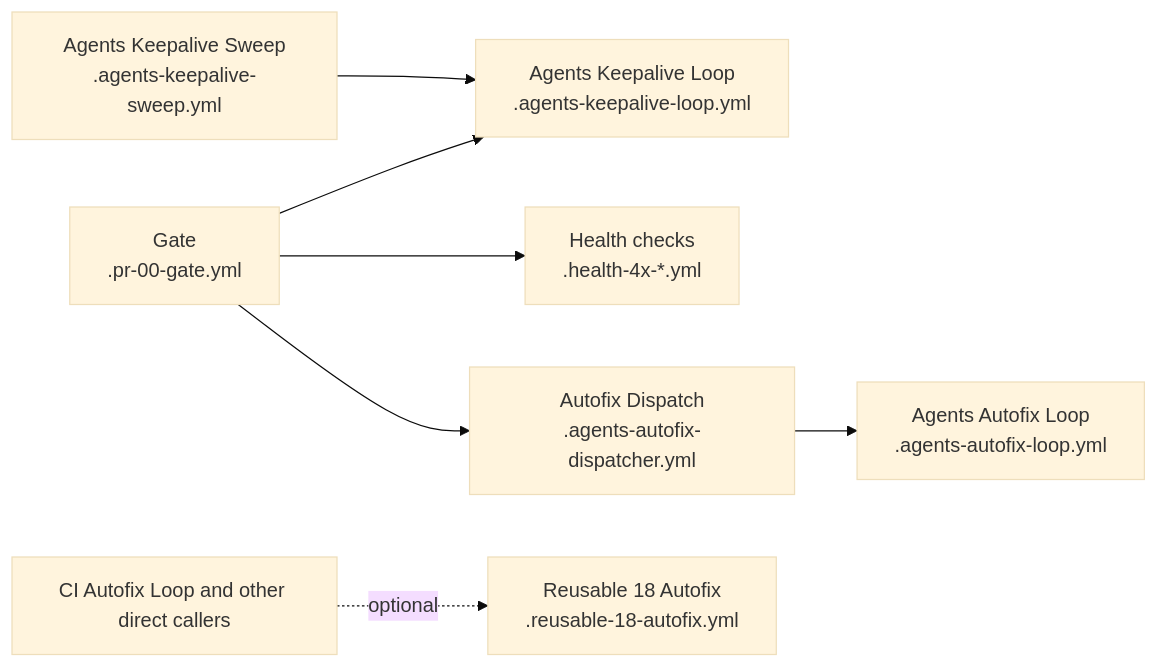
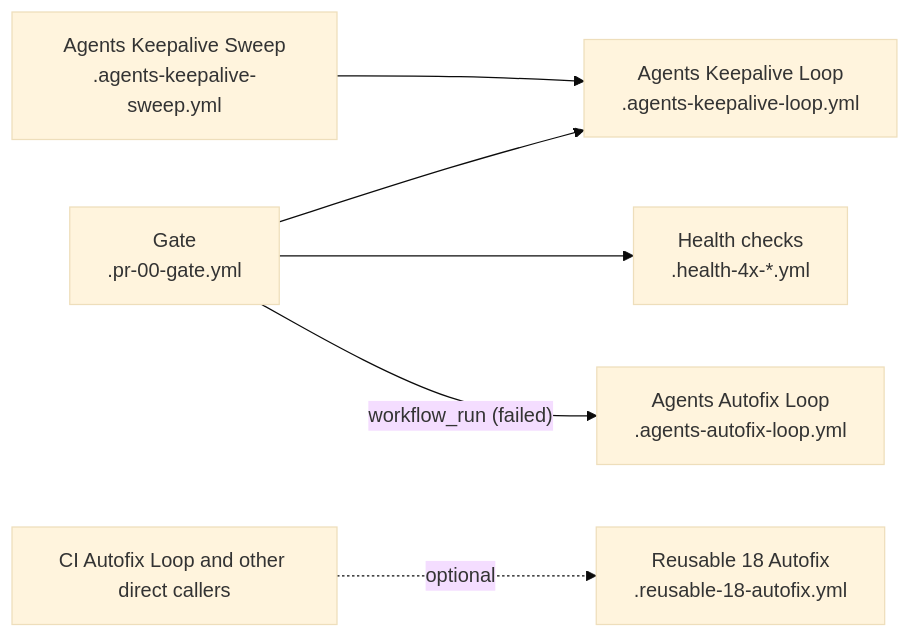
The first of 2 diagrams in docs/ci/WORKFLOWS.md (stranske/Workflows), drawn with Mermaid (base theme) before and after one commit. The commit also changed other lines of this file and 8 other files, not shown here.

First line of the commit message:
cohesion: start autofix once per failed Gate (B2) (#5386)

````diff
--- a/docs/ci/WORKFLOWS.md
+++ b/docs/ci/WORKFLOWS.md
@@ -20,9 +20,8 @@
 ```mermaid
 flowchart LR
     gate["Gate\n.pr-00-gate.yml"] --> keepaliveLoop["Agents Keepalive Loop\n.agents-keepalive-loop.yml"]
     keepaliveSweep["Agents Keepalive Sweep\n.agents-keepalive-sweep.yml"] --> keepaliveLoop
     gate --> healthGuard["Health checks\n.health-4x-*.yml"]
-    gate --> autofixDispatch["Autofix Dispatch\n.agents-autofix-dispatcher.yml"]
-    autofixDispatch --> autofixLoop["Agents Autofix Loop\n.agents-autofix-loop.yml"]
+    gate -- "workflow_run (failed)" --> autofixLoop["Agents Autofix Loop\n.agents-autofix-loop.yml"]
     directCallers["CI Autofix Loop and other direct callers"] -. optional .-> autofix["Reusable 18 Autofix\n.reusable-18-autofix.yml"]
 ```
````
